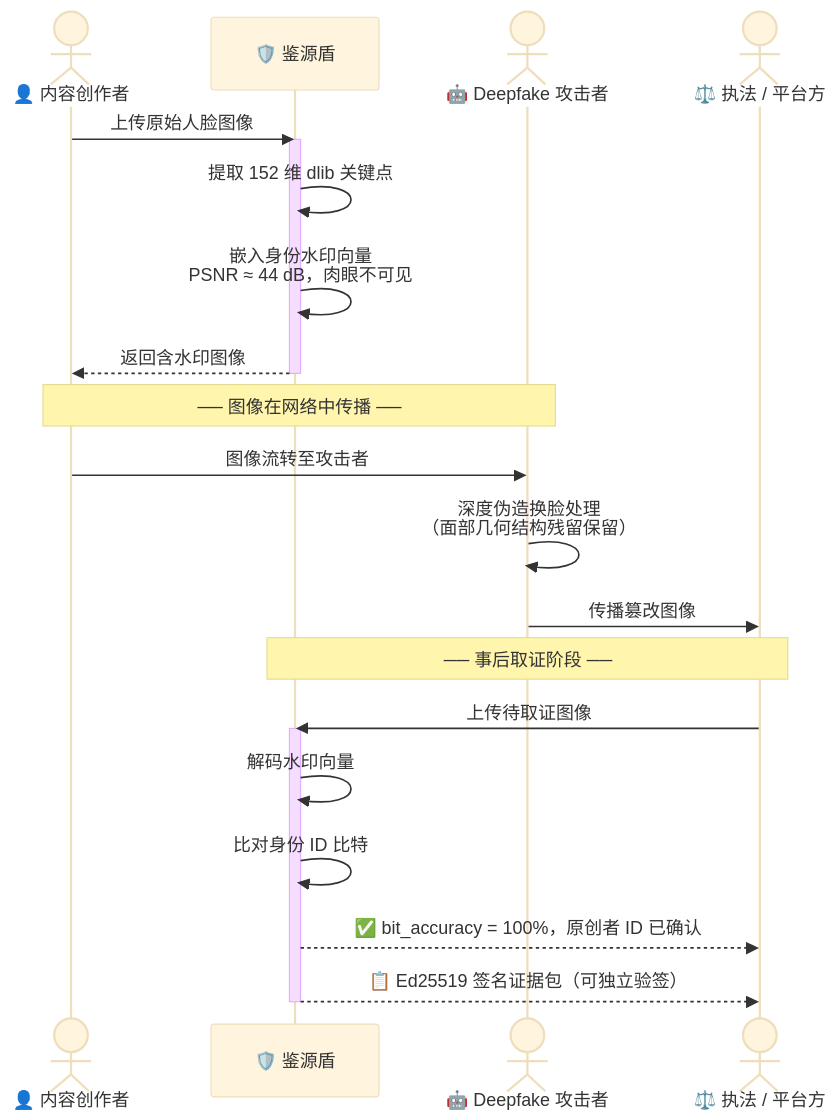
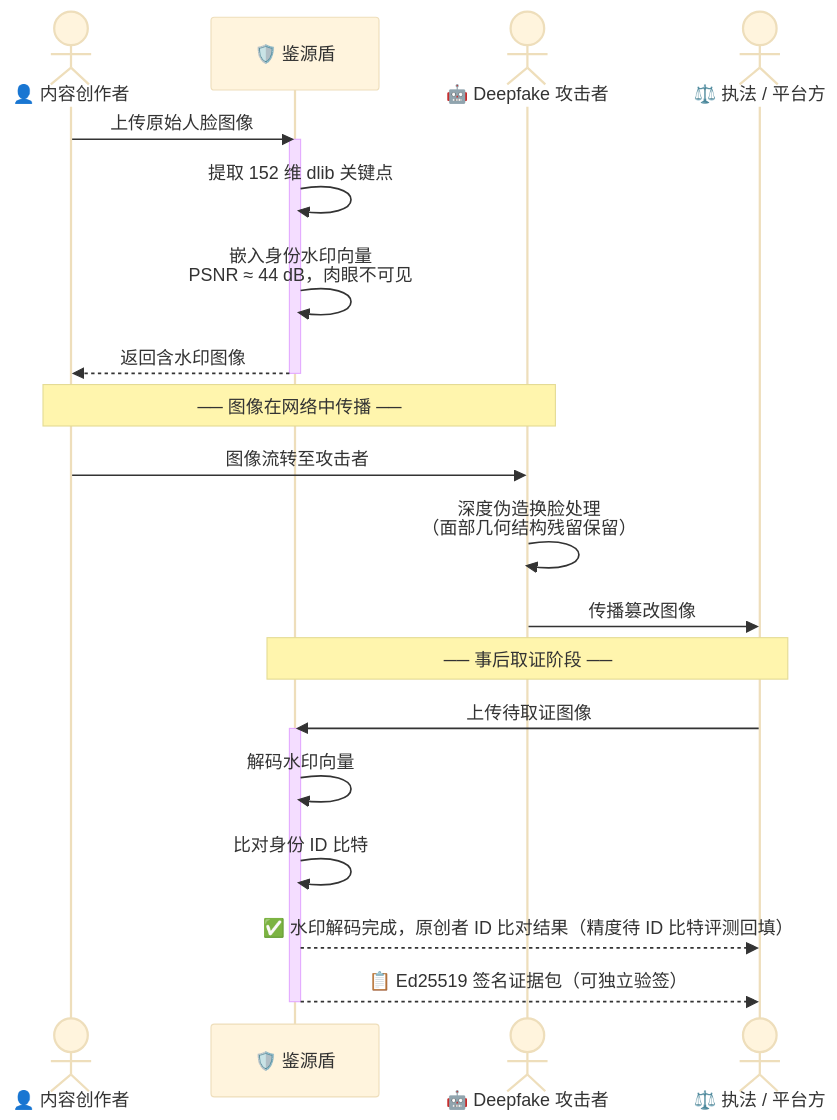
Before and after one commit to lux-liang/JianYuanShield: the first of 2 diagrams in README.md, drawn with Mermaid (base theme). The commit also changed other lines of this file and 8 other files, not shown here.

````diff
--- a/README.md
+++ b/README.md
@@ -172,30 +172,30 @@
 ```mermaid
 sequenceDiagram
     actor C as 👤 内容创作者
     participant J as 🛡️ 鉴源盾
     actor DF as 🤖 Deepfake 攻击者
     actor V as ⚖️ 执法 / 平台方
 
     C->>J: 上传原始人脸图像
     activate J
     J->>J: 提取 152 维 dlib 关键点
     J->>J: 嵌入身份水印向量<br/>PSNR ≈ 44 dB，肉眼不可见
     J-->>C: 返回含水印图像
     deactivate J
 
     Note over C,DF: ── 图像在网络中传播 ──
 
     C->>DF: 图像流转至攻击者
     DF->>DF: 深度伪造换脸处理<br/>（面部几何结构残留保留）
     DF->>V: 传播篡改图像
 
     Note over V,J: ── 事后取证阶段 ──
 
     V->>J: 上传待取证图像
     activate J
     J->>J: 解码水印向量
     J->>J: 比对身份 ID 比特
-    J-->>V: ✅ bit_accuracy = 100%，原创者 ID 已确认
+    J-->>V: ✅ 水印解码完成，原创者 ID 比对结果（精度待 ID 比特评测回填）
     J-->>V: 📋 Ed25519 签名证据包（可独立验签）
     deactivate J
 ```
````
